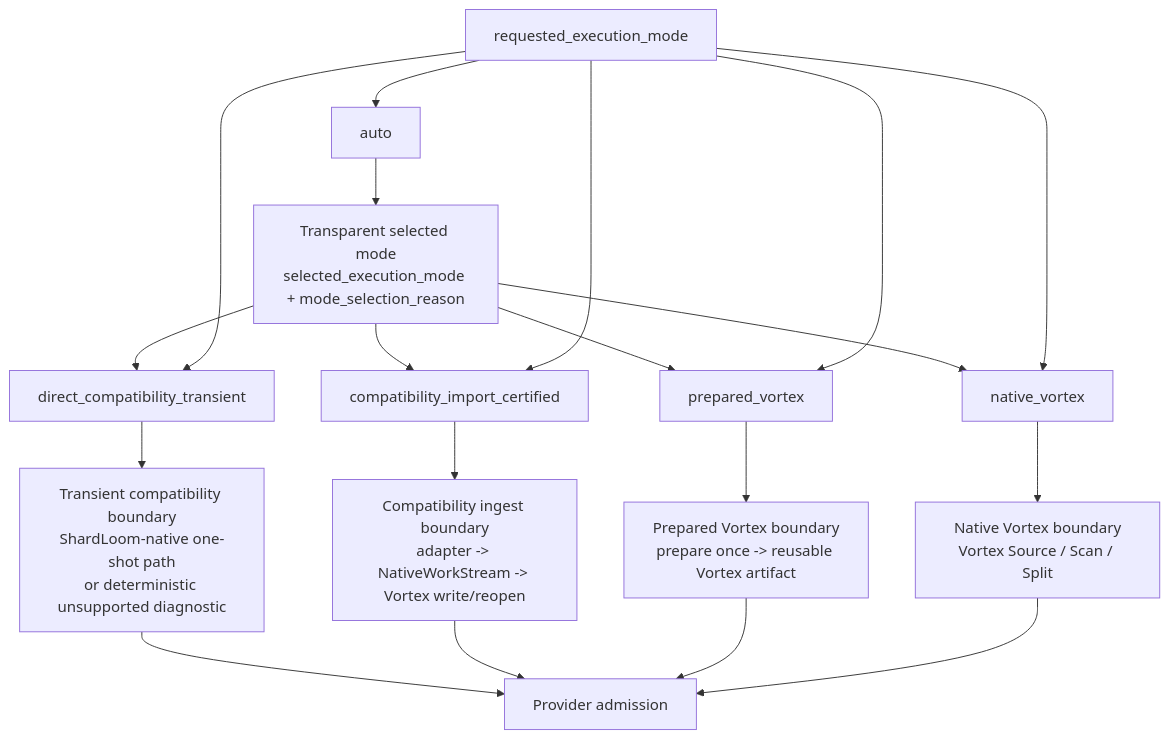
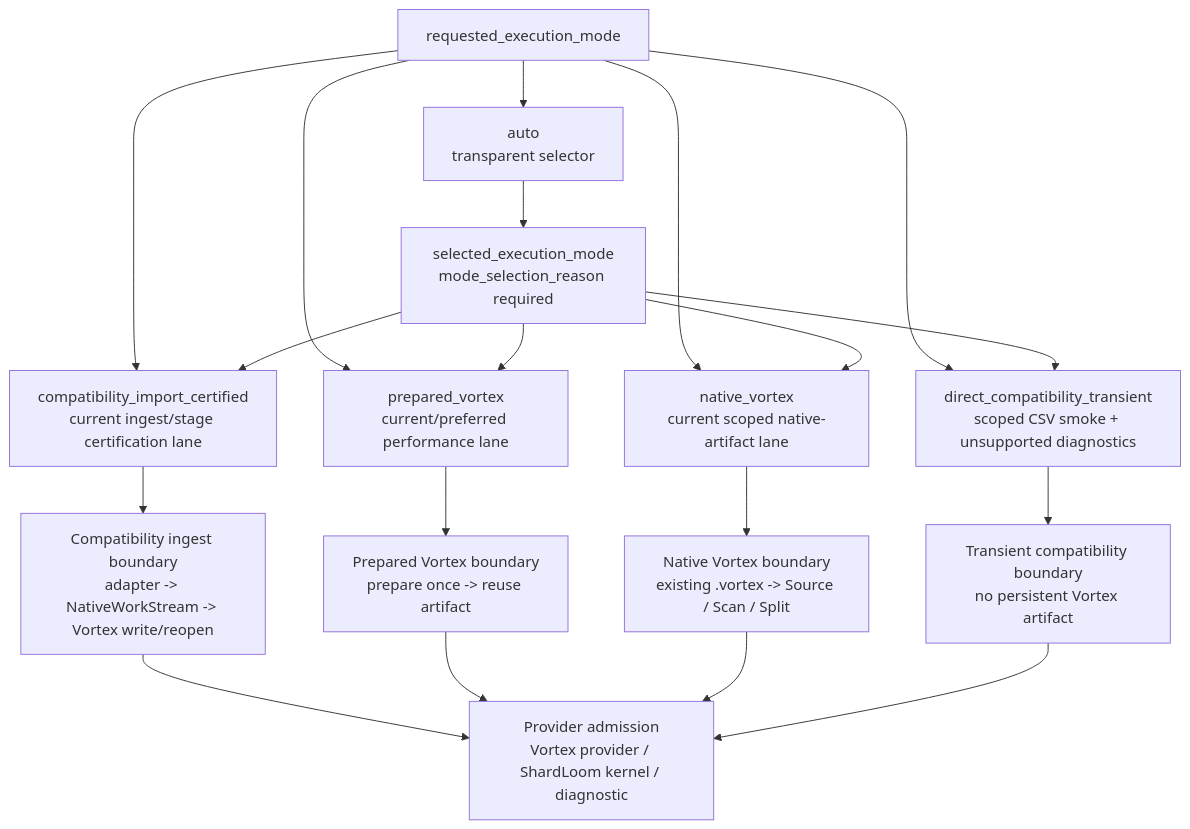
One commit to depsilon/shardloom changed the third of 5 diagrams in docs/architecture/compute-engine-flow-reference.md. Above: the diagram before and after it, drawn with Mermaid. The commit also changed other lines of this file and 13 other files, not shown here.

Commit message:
Add native unsupported coverage diagnostics (#575)

````diff
--- a/docs/architecture/compute-engine-flow-reference.md
+++ b/docs/architecture/compute-engine-flow-reference.md
@@ -172,38 +188,33 @@
 ```mermaid
 flowchart TD
-    accTitle: ShardLoom execution mode decision
-    accDescr {
-    Requests either name an execution mode directly or use auto mode. Auto mode must report the
-    selected mode and reason. Each selected mode enters a distinct source or preparation boundary
-    before provider admission.
-    }
+    REQUESTED["requested_execution_mode"]
+    AUTO["auto<br/>transparent selector"]
+    SELECTED["selected_execution_mode<br/>mode_selection_reason required"]
 
-    MODE["requested_execution_mode"]
-    AUTO["auto"]
-    SEL["Transparent selected mode<br/>selected_execution_mode + mode_selection_reason"]
-    DIRECT["direct_compatibility_transient"]
-    IMPORT["compatibility_import_certified"]
-    PREPARED["prepared_vortex"]
-    NATIVE["native_vortex"]
+    COMPAT["compatibility_import_certified<br/>current ingest/stage certification lane"]
+    PREPARED["prepared_vortex<br/>current/preferred performance lane"]
+    NATIVE["native_vortex<br/>current scoped native-artifact lane"]
+    DIRECT["direct_compatibility_transient<br/>scoped CSV smoke + unsupported diagnostics"]
 
-    MODE --> AUTO
-    AUTO --> SEL
-    SEL --> DIRECT
-    SEL --> IMPORT
-    SEL --> PREPARED
-    SEL --> NATIVE
-    MODE --> DIRECT
-    MODE --> IMPORT
-    MODE --> PREPARED
-    MODE --> NATIVE
+    COMPAT_BOUNDARY["Compatibility ingest boundary<br/>adapter -> NativeWorkStream -> Vortex write/reopen"]
+    PREPARED_BOUNDARY["Prepared Vortex boundary<br/>prepare once -> reuse artifact"]
+    NATIVE_BOUNDARY["Native Vortex boundary<br/>existing .vortex -> Source / Scan / Split"]
+    DIRECT_BOUNDARY["Transient compatibility boundary<br/>no persistent Vortex artifact"]
 
-    DIRECT --> B1["Transient compatibility boundary<br/>ShardLoom-native one-shot path<br/>or deterministic unsupported diagnostic"]
-    IMPORT --> B2["Compatibility ingest boundary<br/>adapter -> NativeWorkStream -> Vortex write/reopen"]
-    PREPARED --> B3["Prepared Vortex boundary<br/>prepare once -> reusable Vortex artifact"]
-    NATIVE --> B4["Native Vortex boundary<br/>Vortex Source / Scan / Split"]
+    PROVIDER["Provider admission<br/>Vortex provider / ShardLoom kernel / diagnostic"]
 
-    B1 --> ADMIT["Provider admission"]
-    B2 --> ADMIT
-    B3 --> ADMIT
-    B4 --> ADMIT
+    REQUESTED --> AUTO --> SELECTED
+    REQUESTED --> COMPAT
+    REQUESTED --> PREPARED
+    REQUESTED --> NATIVE
+    REQUESTED --> DIRECT
+    SELECTED --> COMPAT
+    SELECTED --> PREPARED
+    SELECTED --> NATIVE
+    SELECTED --> DIRECT
+
+    COMPAT --> COMPAT_BOUNDARY --> PROVIDER
+    PREPARED --> PREPARED_BOUNDARY --> PROVIDER
+    NATIVE --> NATIVE_BOUNDARY --> PROVIDER
+    DIRECT --> DIRECT_BOUNDARY --> PROVIDER
 ```
````
